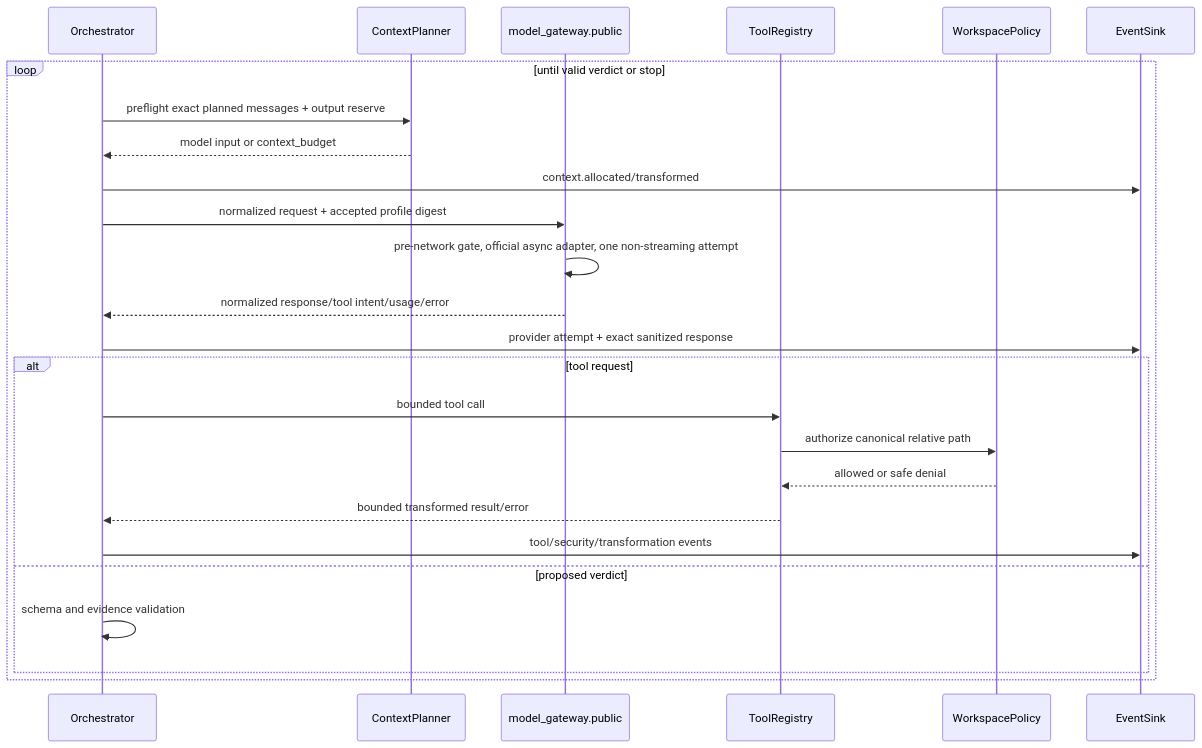
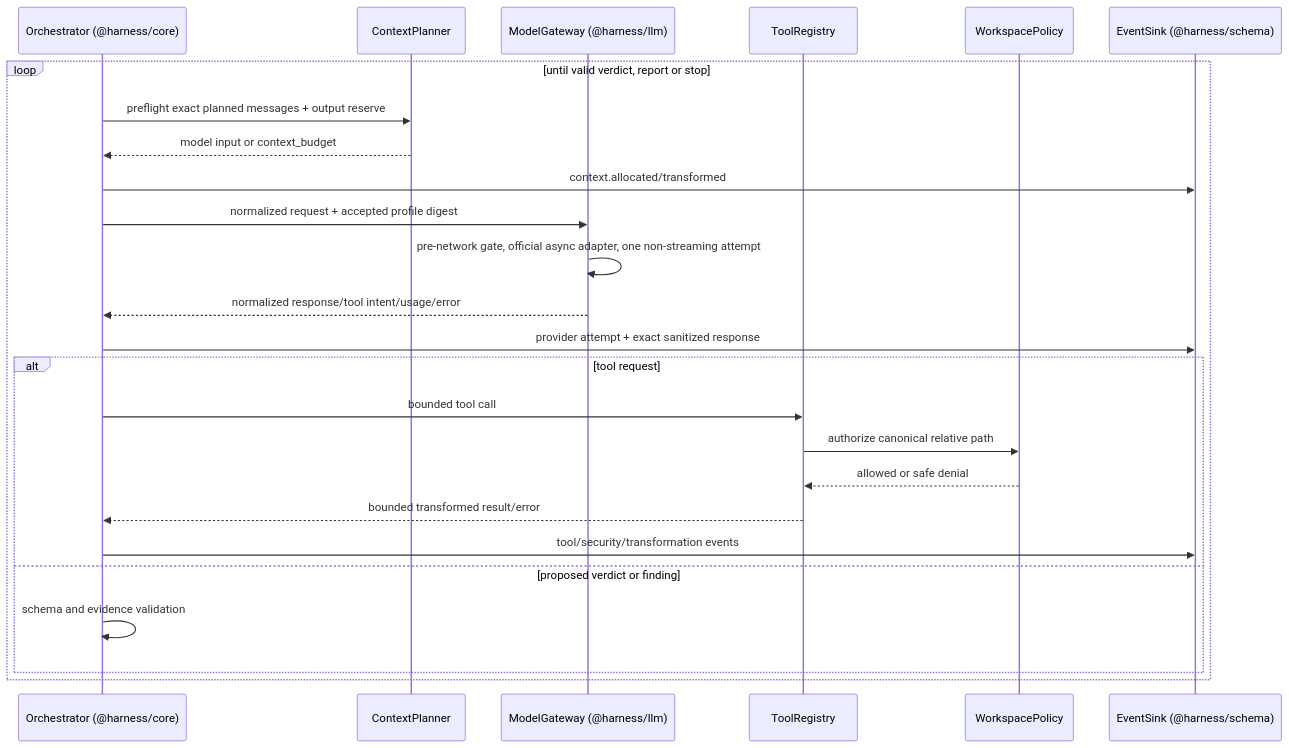
Before and after one commit to DATN-K23/harness: the fourth of 7 diagrams in blueprint/architecture/sequences.md, drawn with Mermaid. The commit also changed other lines of this file and 4 other files, not shown here.

Commit message:
docs(blueprint): standardize core identity, tech stack, and architectural sequences

````diff
--- a/blueprint/architecture/sequences.md
+++ b/blueprint/architecture/sequences.md
@@ -96,27 +101,27 @@
 ```mermaid
 sequenceDiagram
-  participant O as Orchestrator
+  participant O as Orchestrator (@harness/core)
   participant C as ContextPlanner
-  participant P as model_gateway.public
+  participant P as ModelGateway (@harness/llm)
   participant T as ToolRegistry
   participant W as WorkspacePolicy
-  participant E as EventSink
-  loop until valid verdict or stop
+  participant E as EventSink (@harness/schema)
+  loop until valid verdict, report or stop
     O->>C: preflight exact planned messages + output reserve
     C-->>O: model input or context_budget
     O->>E: context.allocated/transformed
     O->>P: normalized request + accepted profile digest
     P->>P: pre-network gate, official async adapter, one non-streaming attempt
     P-->>O: normalized response/tool intent/usage/error
     O->>E: provider attempt + exact sanitized response
     alt tool request
       O->>T: bounded tool call
       T->>W: authorize canonical relative path
       W-->>T: allowed or safe denial
       T-->>O: bounded transformed result/error
       O->>E: tool/security/transformation events
-    else proposed verdict
+    else proposed verdict or finding
       O->>O: schema and evidence validation
     end
   end
 ```
````
